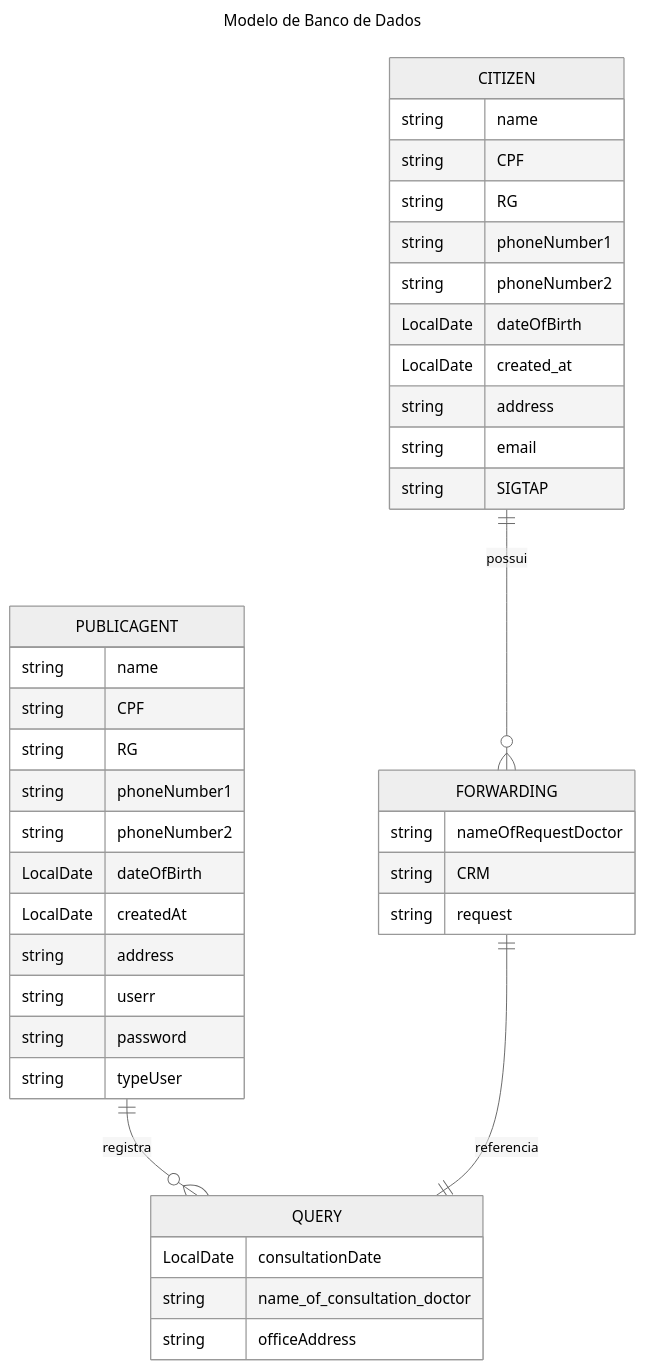
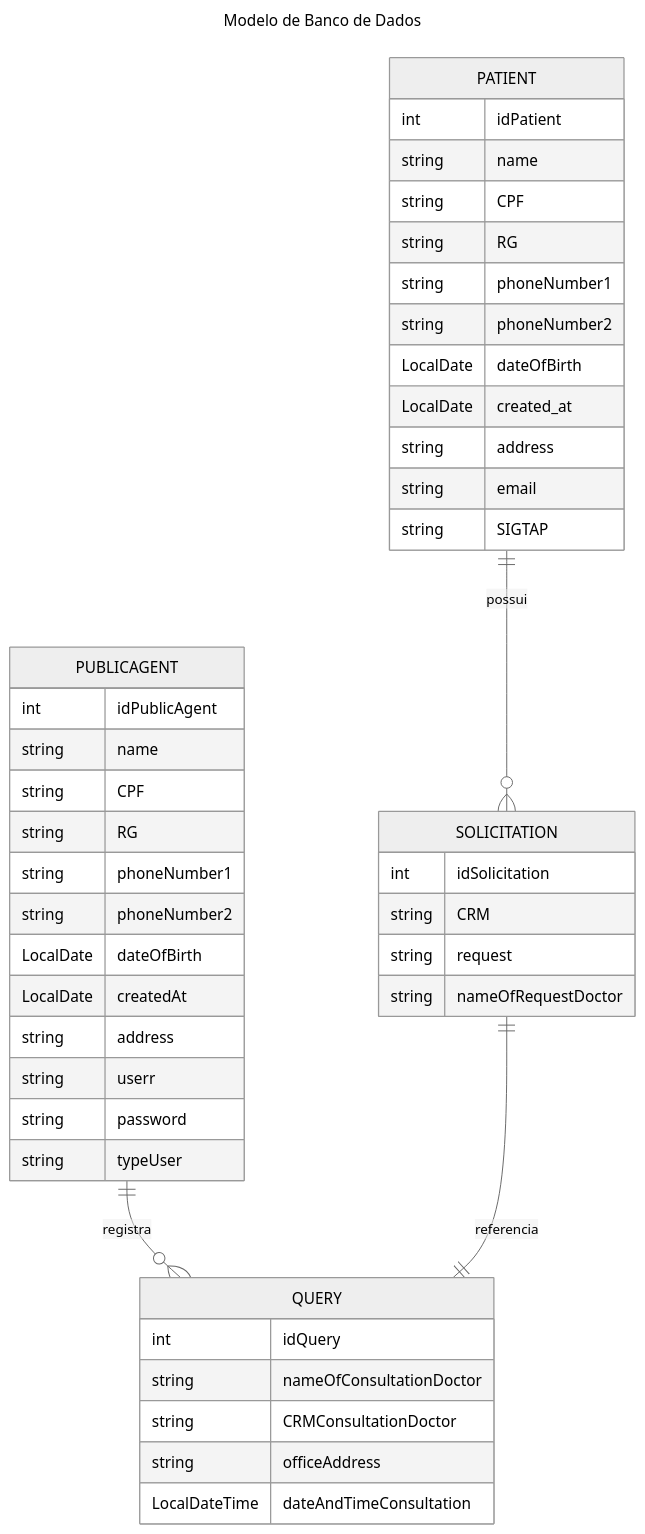
One commit to FelipeMareira/oxe_marquei_lp2 changed the second of 2 diagrams in README.md. Above: the diagram before and after it, drawn with Mermaid (neutral theme). The commit also changed other lines of this file and 25 other files, not shown here.

````diff
--- a/README.md
+++ b/README.md
@@ -138,46 +138,51 @@
 ```mermaid
 ---
     title: Modelo de Banco de Dados
 ---
 erDiagram 
 
     PUBLICAGENT ||--o{ QUERY : "registra"
     PUBLICAGENT {
+        int idPublicAgent
         string name
         string CPF
         string RG
         string phoneNumber1
         string phoneNumber2
         LocalDate dateOfBirth
         LocalDate createdAt
         string address
         string userr
         string password
         string typeUser
     }
     
-    CITIZEN ||--o{ FORWARDING : "possui"
-    CITIZEN {
+    PATIENT ||--o{ SOLICITATION : "possui"
+    PATIENT {
+        int idPatient
         string name
         string CPF
         string RG
         string phoneNumber1
         string phoneNumber2
         LocalDate dateOfBirth
         LocalDate created_at
         string address
         string email
         string SIGTAP
     }
-    FORWARDING ||--|| QUERY: "referencia"
-    FORWARDING {
-        string nameOfRequestDoctor
+    SOLICITATION ||--|| QUERY: "referencia"
+    SOLICITATION {
+        int idSolicitation
         string CRM
         string request
+        string nameOfRequestDoctor
     }
     QUERY {
-        LocalDate consultationDate
-        string name_of_consultation_doctor
+        int idQuery
+        string nameOfConsultationDoctor
+        string CRMConsultationDoctor
         string officeAddress
+        LocalDateTime dateAndTimeConsultation
     }
 ```
````
